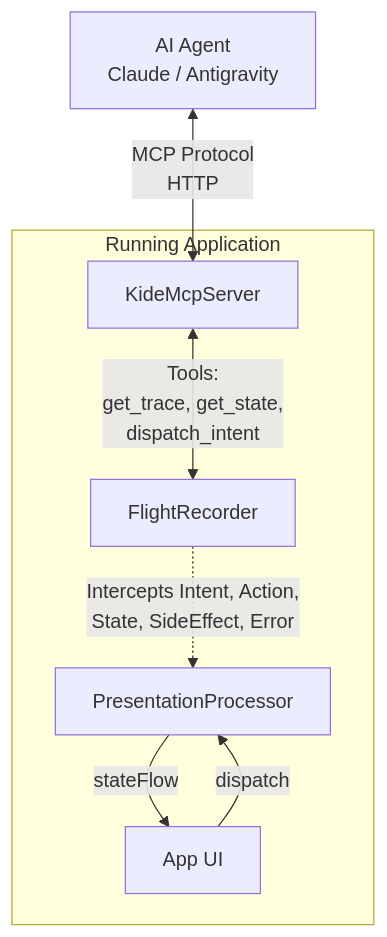
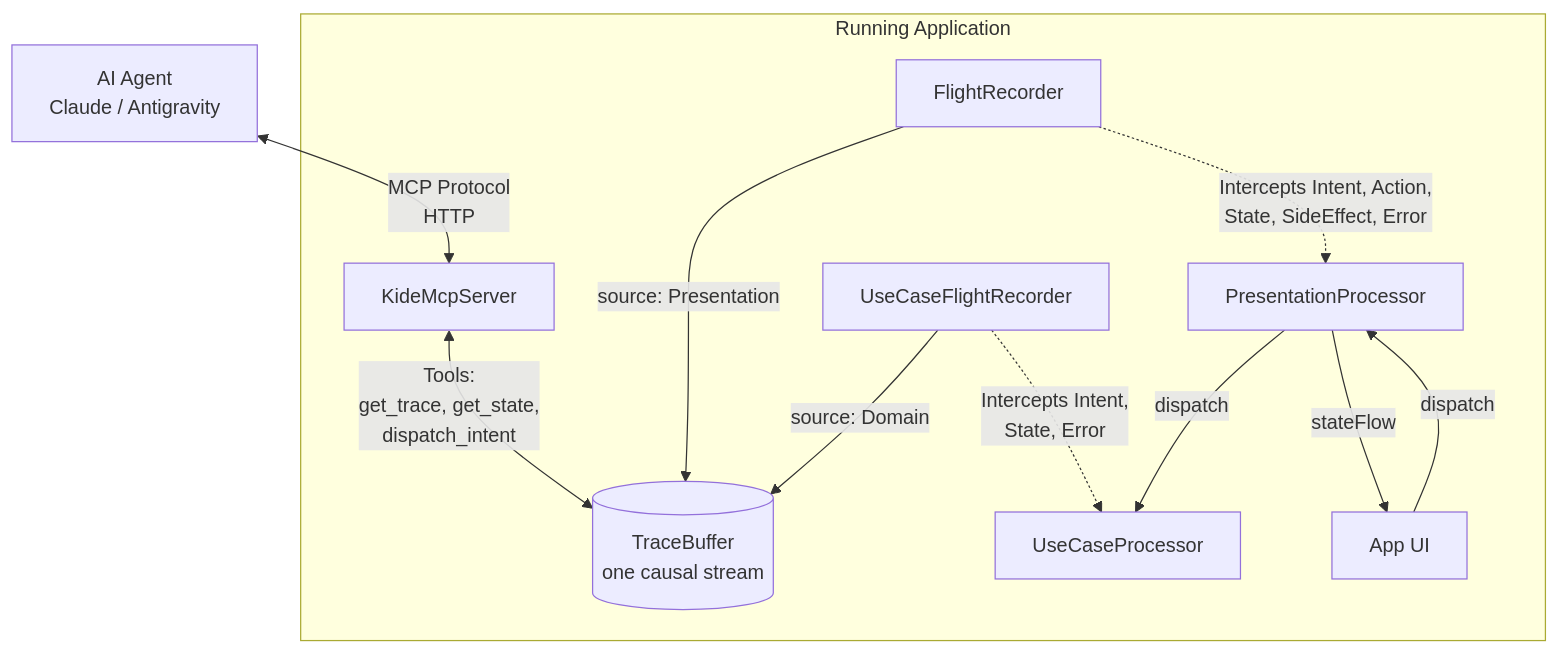
Before and after one commit to Fuusio/kide: the second of 2 diagrams in README.md, drawn with Mermaid. The commit also changed other lines of this file and 4 other files, not shown here.

````diff
--- a/README.md
+++ b/README.md
@@ -417,11 +416,15 @@
 ```mermaid
 flowchart TD
     Agent[AI Agent\nClaude / Antigravity] <-->|MCP Protocol\nHTTP| MCP[KideMcpServer]
-    
+
     subgraph Running Application
-        MCP <-->|Tools:\nget_trace, get_state,\ndispatch_intent| FR[FlightRecorder]
+        MCP <-->|Tools:\nget_trace, get_state,\ndispatch_intent| TB[(TraceBuffer\none causal stream)]
+        FR[FlightRecorder] -->|source: Presentation| TB
+        UFR[UseCaseFlightRecorder] -->|source: Domain| TB
         FR -.->|Intercepts Intent, Action,\nState, SideEffect, Error| PP[PresentationProcessor]
+        UFR -.->|Intercepts Intent,\nState, Error| UC[UseCaseProcessor]
         UI[App UI] -->|dispatch| PP
         PP -->|stateFlow| UI
+        PP -->|dispatch| UC
     end
 ```
````
